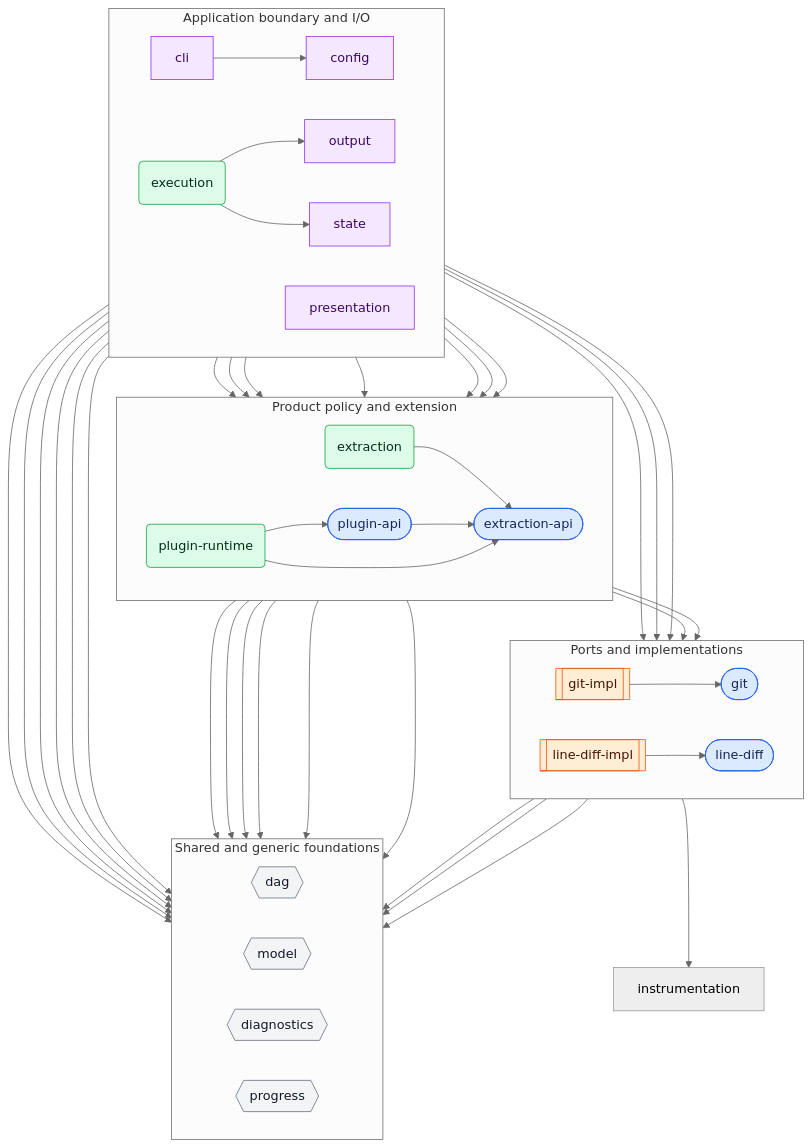
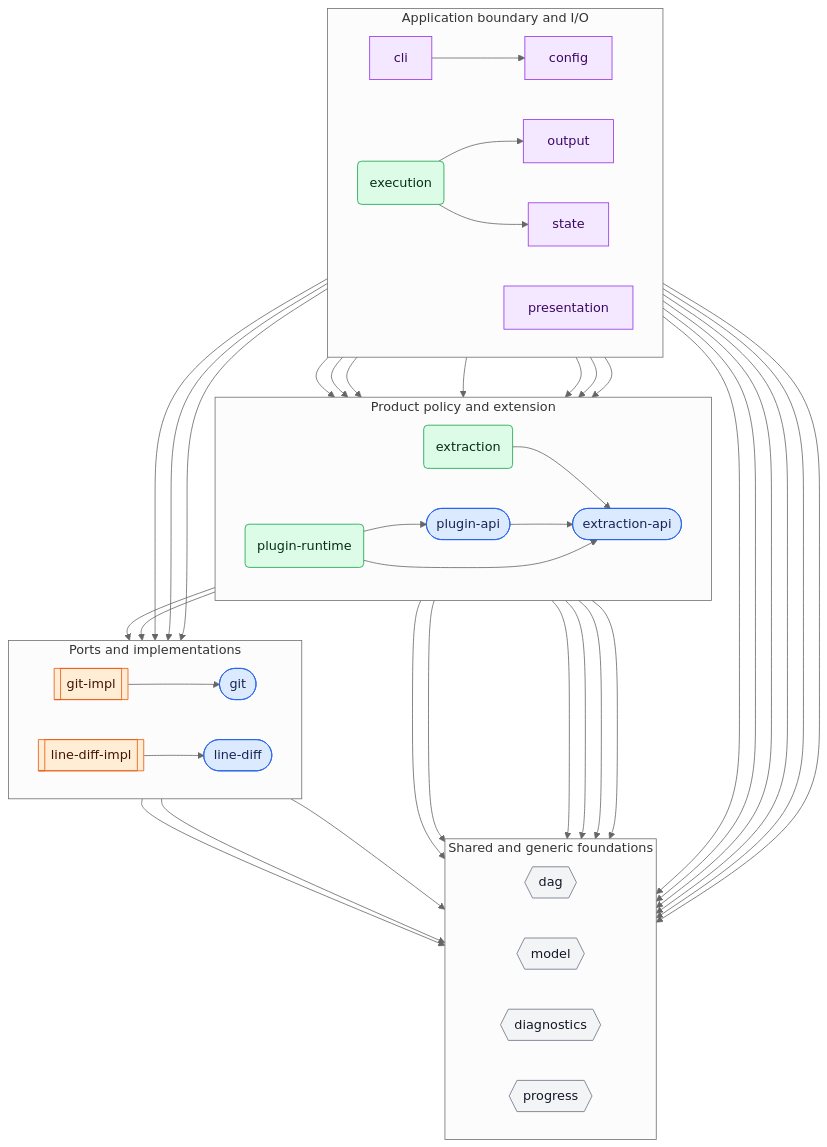
Before and after one commit to gitlode/gitlode: the first of 2 diagrams in packages/gitlode/docs/design/domain-design.md, drawn with Mermaid (neutral theme). The commit also changed other lines of this file and 7 other files, not shown here.

````diff
--- a/packages/gitlode/docs/design/domain-design.md
+++ b/packages/gitlode/docs/design/domain-design.md
@@ -630,7 +637,6 @@
   gitImpl --> dag
   gitImpl --> git
   gitImpl --> model
-  lineDiffImpl --> instrumentation
   lineDiffImpl --> lineDiff
 
 ```
````
